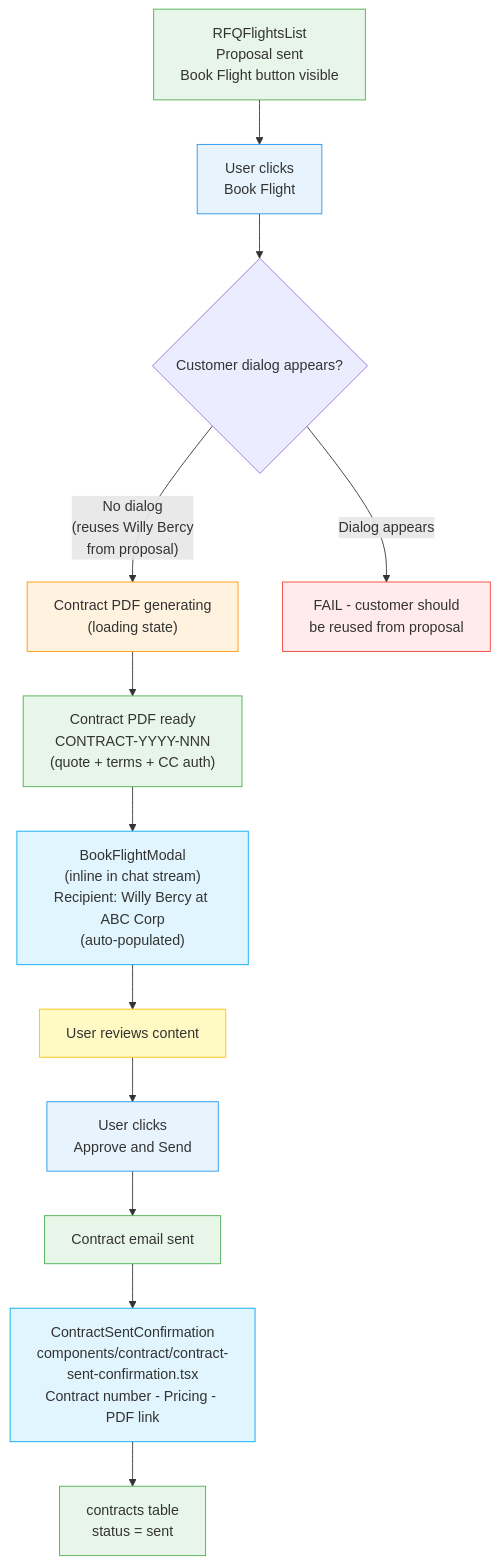
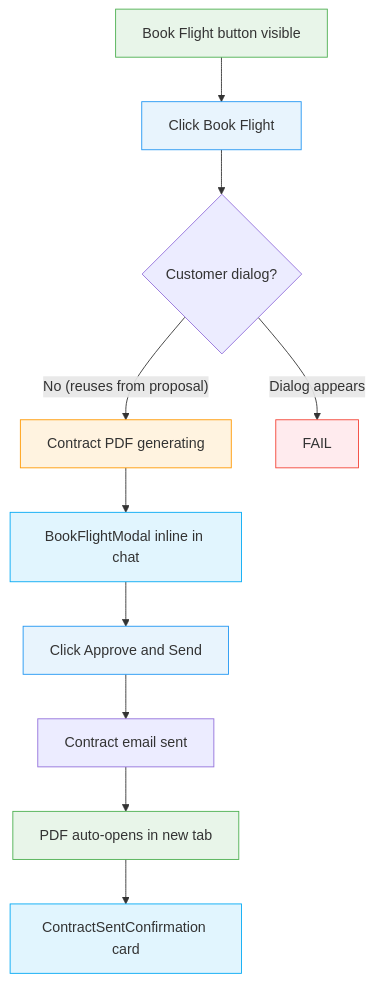
Before and after one commit to kingler/v0-jetvision-assistant: the eighth of 8 diagrams in .claude/commands/demo-record.md, drawn with Mermaid. The commit also changed other lines of this file and 18 other files, not shown here.

````diff
--- a/.claude/commands/demo-record.md
+++ b/.claude/commands/demo-record.md
@@ -942,27 +1104,21 @@
 ```mermaid
 flowchart TD
-    A["RFQFlightsList\nProposal sent\nBook Flight button visible"] --> B["User clicks\nBook Flight"]
-    B --> C{"Customer dialog appears?"}
-    C -->|"No dialog\n(reuses Willy Bercy\nfrom proposal)"| D["Contract PDF generating\n(loading state)"]
-    C -->|"Dialog appears"| FAIL1["FAIL - customer should\nbe reused from proposal"]
-
-    D --> E["Contract PDF ready\nCONTRACT-YYYY-NNN\n(quote + terms + CC auth)"]
-    E --> F["BookFlightModal\n(inline in chat stream)\nRecipient: Willy Bercy at ABC Corp\n(auto-populated)"]
-    F --> G["User reviews content"]
-    G --> H["User clicks\nApprove and Send"]
-    H --> I["Contract email sent"]
-    I --> J["ContractSentConfirmation\ncomponents/contract/contract-sent-confirmation.tsx\nContract number - Pricing - PDF link"]
-    J --> K["contracts table\nstatus = sent"]
+    A["Book Flight button visible"] --> B["Click Book Flight"]
+    B --> C{"Customer dialog?"}
+    C -->|"No (reuses from proposal)"| D["Contract PDF generating"]
+    C -->|"Dialog appears"| FAIL["FAIL"]
+    D --> E["BookFlightModal inline in chat"]
+    E --> F["Click Approve and Send"]
+    F --> G["Contract email sent"]
+    G --> H["PDF auto-opens in new tab"]
+    H --> I["ContractSentConfirmation card"]
 
     style A fill:#e8f5e9,stroke:#4CAF50
     style B fill:#e8f4fd,stroke:#2196F3
     style D fill:#fff3e0,stroke:#FF9800
-    style E fill:#e8f5e9,stroke:#4CAF50
-    style F fill:#e1f5fe,stroke:#03A9F4
-    style G fill:#fff9c4,stroke:#FFC107
-    style H fill:#e8f4fd,stroke:#2196F3
-    style I fill:#e8f5e9,stroke:#4CAF50
-    style J fill:#e1f5fe,stroke:#03A9F4
-    style K fill:#e8f5e9,stroke:#4CAF50
-    style FAIL1 fill:#ffebee,stroke:#f44336
+    style E fill:#e1f5fe,stroke:#03A9F4
+    style F fill:#e8f4fd,stroke:#2196F3
+    style H fill:#e8f5e9,stroke:#4CAF50
+    style I fill:#e1f5fe,stroke:#03A9F4
+    style FAIL fill:#ffebee,stroke:#f44336
 ```
````
